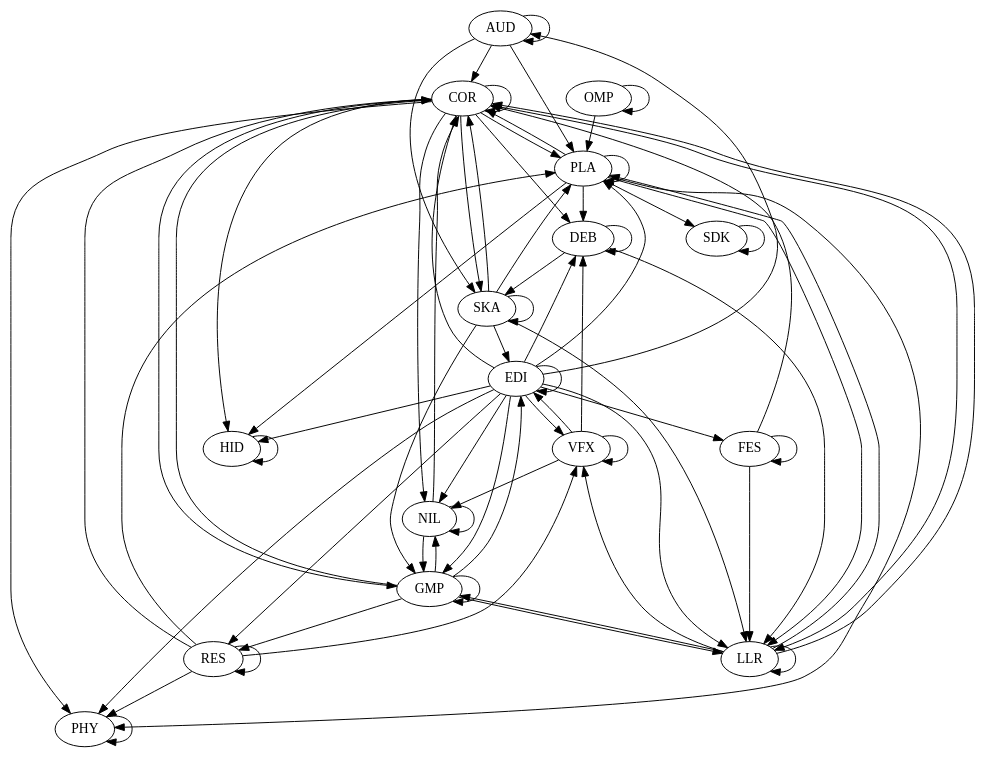
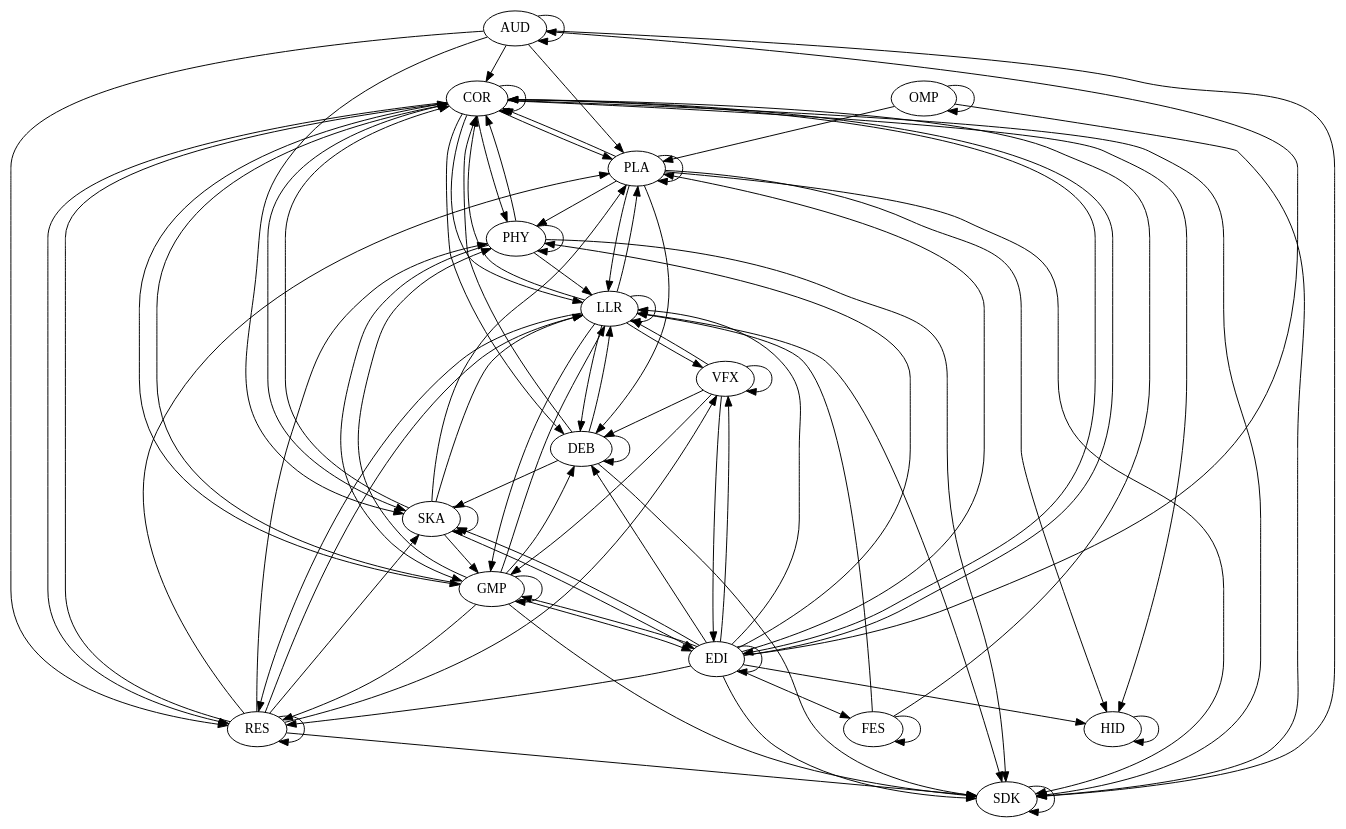
The diagram in 6_architectural_map_gen/outputs/flaxengine.dot (gamedev-studies/game-engine-analyser), drawn with Graphviz before and after one commit. The commit also changed 10 other files, not shown here.

```diff
--- a/6_architectural_map_gen/outputs/flaxengine.dot
+++ b/6_architectural_map_gen/outputs/flaxengine.dot
@@ -1,75 +1,93 @@
 digraph "source tree" {
 	"AUD" -> "AUD"
 	"AUD" -> "COR"
 	"AUD" -> "PLA"
+	"AUD" -> "RES"
+	"AUD" -> "SDK"
 	"AUD" -> "SKA"
 	"COR" -> "COR"
 	"COR" -> "DEB"
+	"COR" -> "EDI"
 	"COR" -> "GMP"
 	"COR" -> "HID"
 	"COR" -> "LLR"
-	"COR" -> "NIL"
 	"COR" -> "PHY"
 	"COR" -> "PLA"
+	"COR" -> "RES"
+	"COR" -> "SDK"
 	"COR" -> "SKA"
+	"DEB" -> "COR"
 	"DEB" -> "DEB"
 	"DEB" -> "LLR"
+	"DEB" -> "SDK"
 	"DEB" -> "SKA"
 	"EDI" -> "AUD"
 	"EDI" -> "COR"
 	"EDI" -> "DEB"
 	"EDI" -> "EDI"
 	"EDI" -> "FES"
 	"EDI" -> "GMP"
 	"EDI" -> "HID"
 	"EDI" -> "LLR"
-	"EDI" -> "NIL"
 	"EDI" -> "PHY"
 	"EDI" -> "PLA"
 	"EDI" -> "RES"
+	"EDI" -> "SDK"
+	"EDI" -> "SKA"
 	"EDI" -> "VFX"
 	"FES" -> "COR"
 	"FES" -> "FES"
 	"FES" -> "LLR"
 	"GMP" -> "COR"
+	"GMP" -> "DEB"
 	"GMP" -> "EDI"
 	"GMP" -> "GMP"
 	"GMP" -> "LLR"
-	"GMP" -> "NIL"
+	"GMP" -> "PHY"
 	"GMP" -> "RES"
+	"GMP" -> "SDK"
 	"HID" -> "HID"
 	"LLR" -> "COR"
+	"LLR" -> "DEB"
 	"LLR" -> "GMP"
 	"LLR" -> "LLR"
 	"LLR" -> "PLA"
+	"LLR" -> "RES"
+	"LLR" -> "SDK"
 	"LLR" -> "VFX"
-	"NIL" -> "COR"
-	"NIL" -> "GMP"
-	"NIL" -> "NIL"
 	"OMP" -> "OMP"
 	"OMP" -> "PLA"
+	"OMP" -> "SDK"
+	"PHY" -> "COR"
+	"PHY" -> "GMP"
+	"PHY" -> "LLR"
 	"PHY" -> "PHY"
+	"PHY" -> "SDK"
 	"PLA" -> "COR"
 	"PLA" -> "DEB"
 	"PLA" -> "HID"
 	"PLA" -> "LLR"
 	"PLA" -> "PHY"
 	"PLA" -> "PLA"
 	"PLA" -> "SDK"
 	"RES" -> "COR"
+	"RES" -> "LLR"
 	"RES" -> "PHY"
 	"RES" -> "PLA"
 	"RES" -> "RES"
+	"RES" -> "SDK"
+	"RES" -> "SKA"
 	"RES" -> "VFX"
 	"SDK" -> "SDK"
 	"SKA" -> "COR"
 	"SKA" -> "EDI"
 	"SKA" -> "GMP"
 	"SKA" -> "LLR"
 	"SKA" -> "PLA"
 	"SKA" -> "SKA"
 	"VFX" -> "DEB"
 	"VFX" -> "EDI"
-	"VFX" -> "NIL"
+	"VFX" -> "GMP"
+	"VFX" -> "LLR"
 	"VFX" -> "VFX"
 }
```
